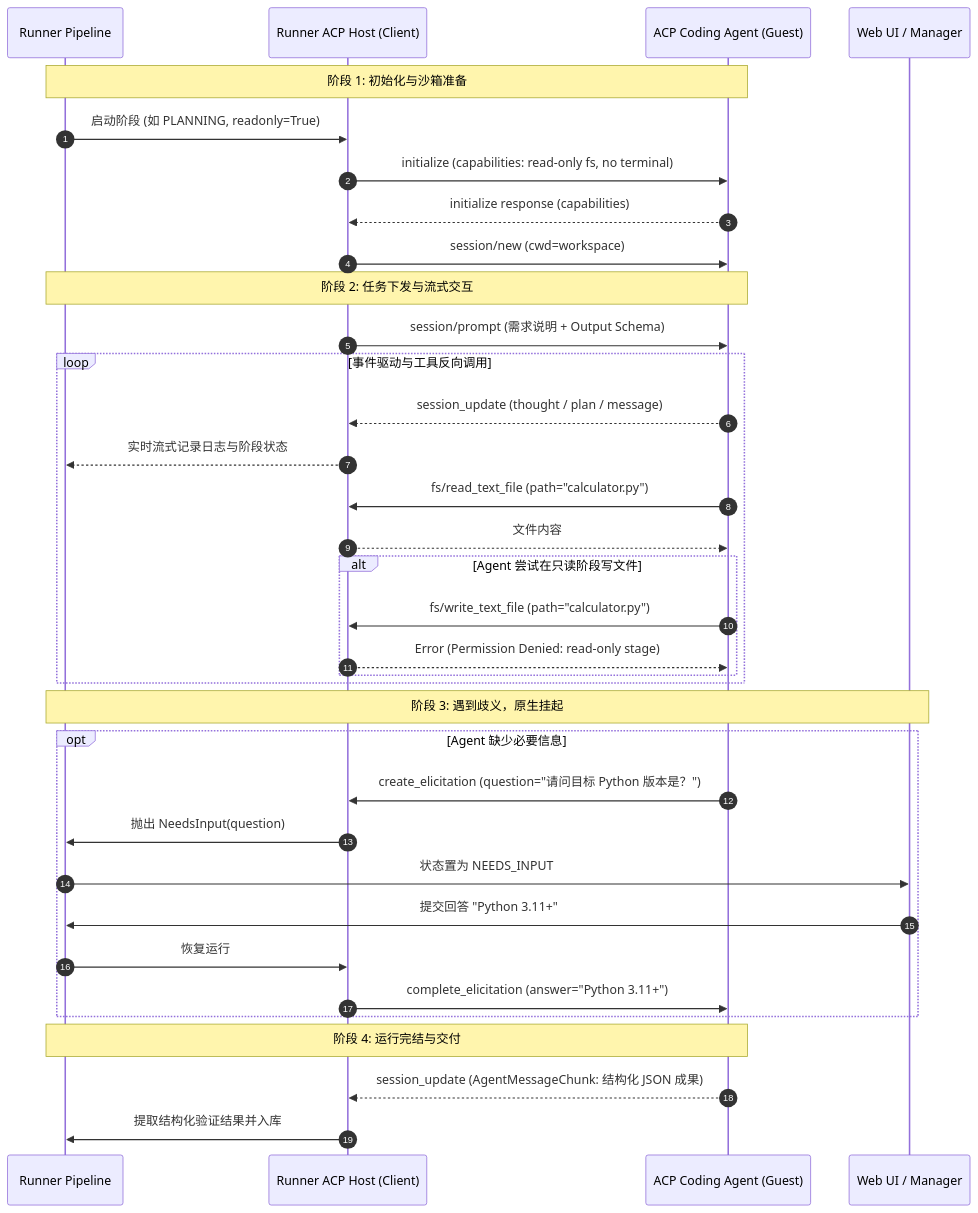
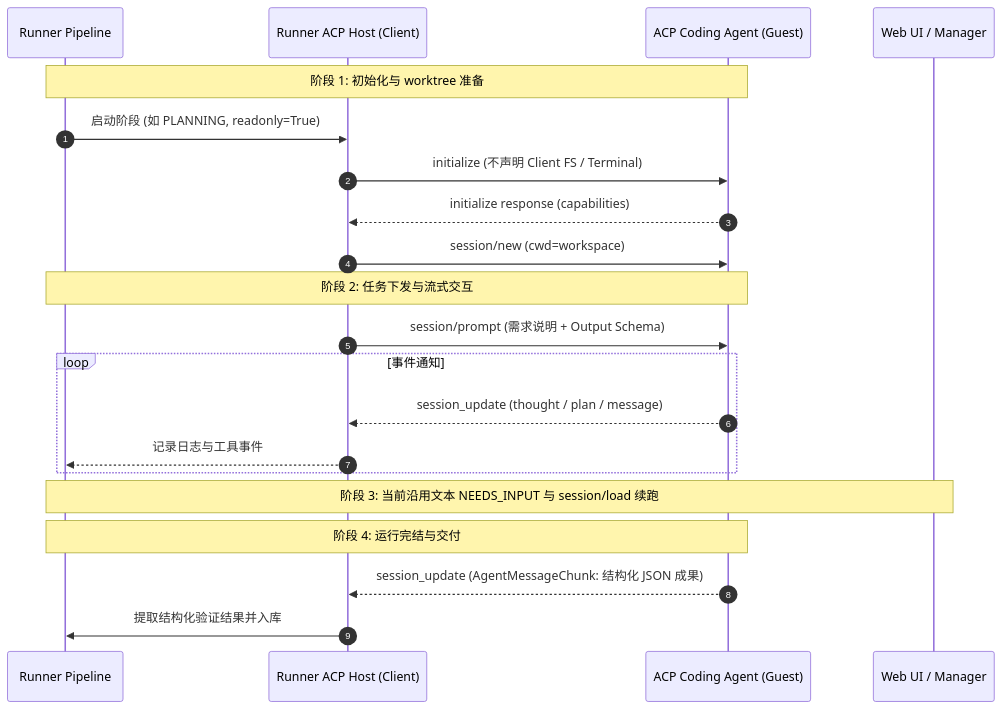
Before and after one commit to coolxll/agent-task-mvp: the diagram in docs/acp-agent-protocol.zh-CN.md, drawn with Mermaid. The commit also changed other lines of this file and 10 other files, not shown here.

````diff
--- a/docs/acp-agent-protocol.zh-CN.md
+++ b/docs/acp-agent-protocol.zh-CN.md
@@ -57,41 +57,27 @@
 ```mermaid
 sequenceDiagram
     autonumber
     participant Pipeline as Runner Pipeline
     participant Host as Runner ACP Host (Client)
     participant Agent as ACP Coding Agent (Guest)
     participant User as Web UI / Manager
 
-    Note over Pipeline,Agent: 阶段 1: 初始化与沙箱准备
+    Note over Pipeline,Agent: 阶段 1: 初始化与 worktree 准备
     Pipeline->>Host: 启动阶段 (如 PLANNING, readonly=True)
-    Host->>Agent: initialize (capabilities: read-only fs, no terminal)
+    Host->>Agent: initialize (不声明 Client FS / Terminal)
     Agent-->>Host: initialize response (capabilities)
     Host->>Agent: session/new (cwd=workspace)
 
     Note over Pipeline,Agent: 阶段 2: 任务下发与流式交互
     Host->>Agent: session/prompt (需求说明 + Output Schema)
-    loop 事件驱动与工具反向调用
+    loop 事件通知
         Agent-->>Host: session_update (thought / plan / message)
-        Host-->>Pipeline: 实时流式记录日志与阶段状态
-        Agent->>Host: fs/read_text_file (path="calculator.py")
-        Host-->>Agent: 文件内容
-        alt Agent 尝试在只读阶段写文件
-            Agent->>Host: fs/write_text_file (path="calculator.py")
-            Host-->>Agent: Error (Permission Denied: read-only stage)
-        end
+        Host-->>Pipeline: 记录日志与工具事件
     end
 
-    Note over Pipeline,User: 阶段 3: 遇到歧义，原生挂起
-    opt Agent 缺少必要信息
-        Agent->>Host: create_elicitation (question="请问目标 Python 版本是？")
-        Host->>Pipeline: 抛出 NeedsInput(question)
-        Pipeline->>User: 状态置为 NEEDS_INPUT
-        User->>Pipeline: 提交回答 "Python 3.11+"
-        Pipeline->>Host: 恢复运行
-        Host->>Agent: complete_elicitation (answer="Python 3.11+")
-    end
+    Note over Pipeline,User: 阶段 3: 当前沿用文本 NEEDS_INPUT 与 session/load 续跑
 
     Note over Pipeline,Agent: 阶段 4: 运行完结与交付
     Agent-->>Host: session_update (AgentMessageChunk: 结构化 JSON 成果)
     Host->>Pipeline: 提取结构化验证结果并入库
 ```
````
